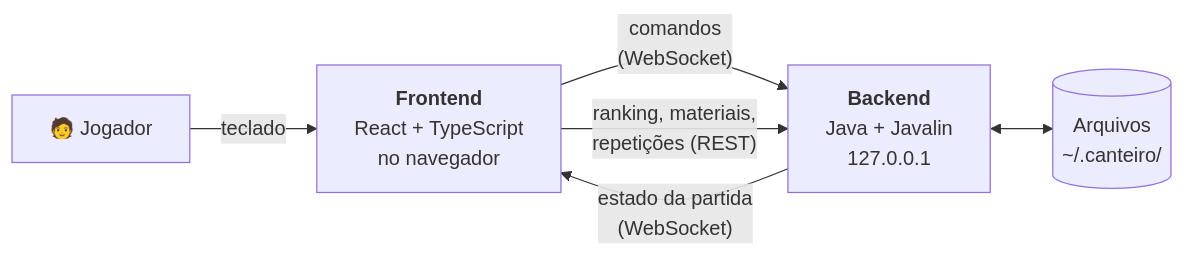
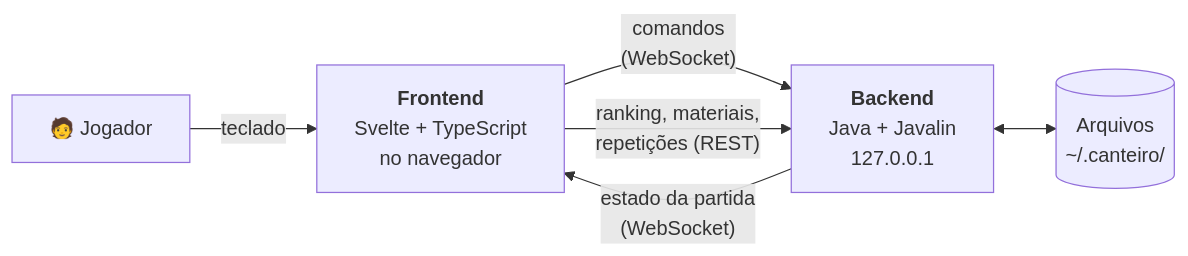
The first of 7 diagrams in docs/ESPECIFICACAO.md (mateus-vitor-ferreira-dev/canteiro), drawn with Mermaid before and after one commit. The commit also changed other lines of this file and 4 other files, not shown here.

First line of the commit message:
docs: frontend em Svelte 5 e proposta completa (#3)

````diff
--- a/docs/ESPECIFICACAO.md
+++ b/docs/ESPECIFICACAO.md
@@ -133,8 +136,8 @@
 ```mermaid
 flowchart LR
-    J["🧑 Jogador"] -- "teclado" --> F["<b>Frontend</b><br/>React + TypeScript<br/>no navegador"]
+    J["🧑 Jogador"] -- "teclado" --> F["<b>Frontend</b><br/>Svelte + TypeScript<br/>no navegador"]
     F -- "comandos<br/>(WebSocket)" --> B["<b>Backend</b><br/>Java + Javalin<br/>127.0.0.1"]
     B -- "estado da partida<br/>(WebSocket)" --> F
     F -- "ranking, materiais,<br/>repetições (REST)" --> B
     B <--> A[("Arquivos<br/>~/.canteiro/")]
 ```
````
